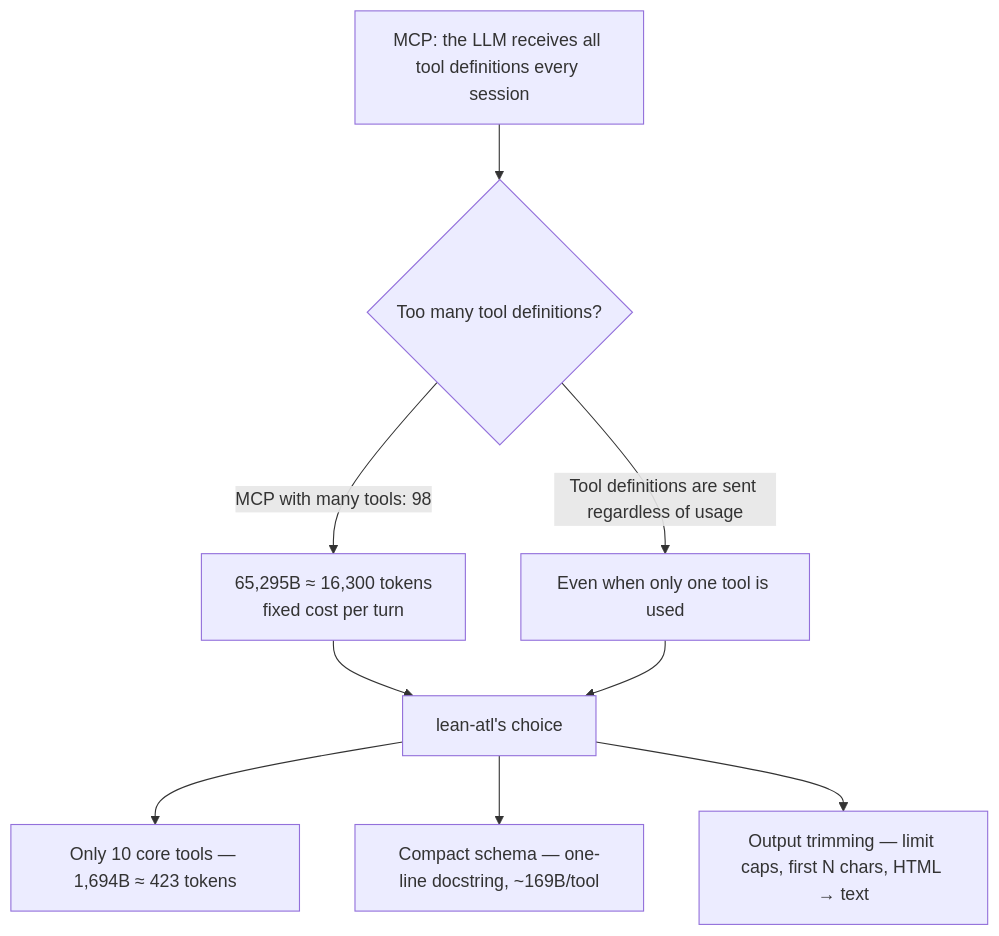
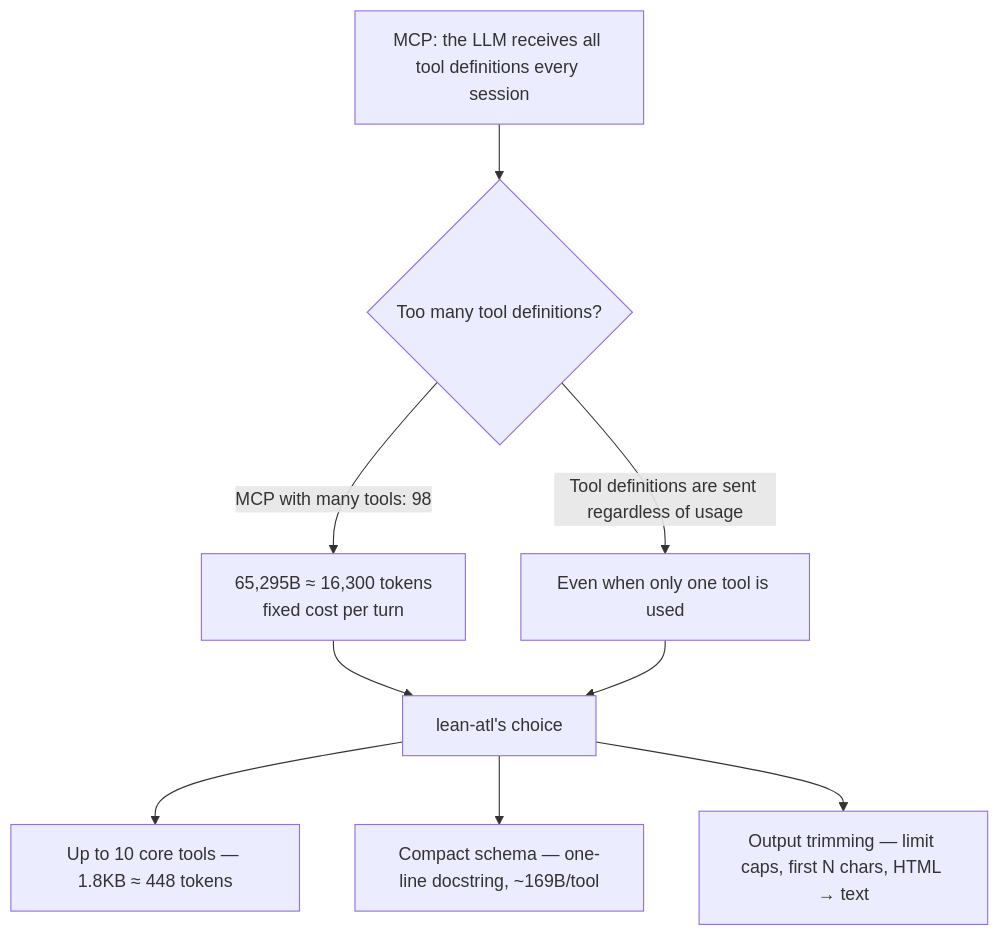
The diagram in README.md (sayho87/lean-atl), drawn with Mermaid before and after one commit. The commit also changed other lines of this file and 3 other files, not shown here.

````diff
--- a/README.md
+++ b/README.md
@@ -30,11 +32,11 @@
 ```mermaid
 flowchart TD
     A["MCP: the LLM receives all tool definitions every session"] --> B{"Too many tool definitions?"}
     B -->|"MCP with many tools: 98"| C["65,295B ≈ 16,300 tokens<br/>fixed cost per turn"]
     B -->|"Tool definitions are sent regardless of usage"| D["Even when only one tool is used"]
     C --> E["lean-atl's choice"]
     D --> E
-    E --> F["Only 10 core tools — 1,694B ≈ 423 tokens"]
+    E --> F["Up to 10 core tools — 1.8KB ≈ 448 tokens"]
     E --> G["Compact schema — one-line docstring, ~169B/tool"]
     E --> H["Output trimming — limit caps, first N chars, HTML → text"]
 ```
````
